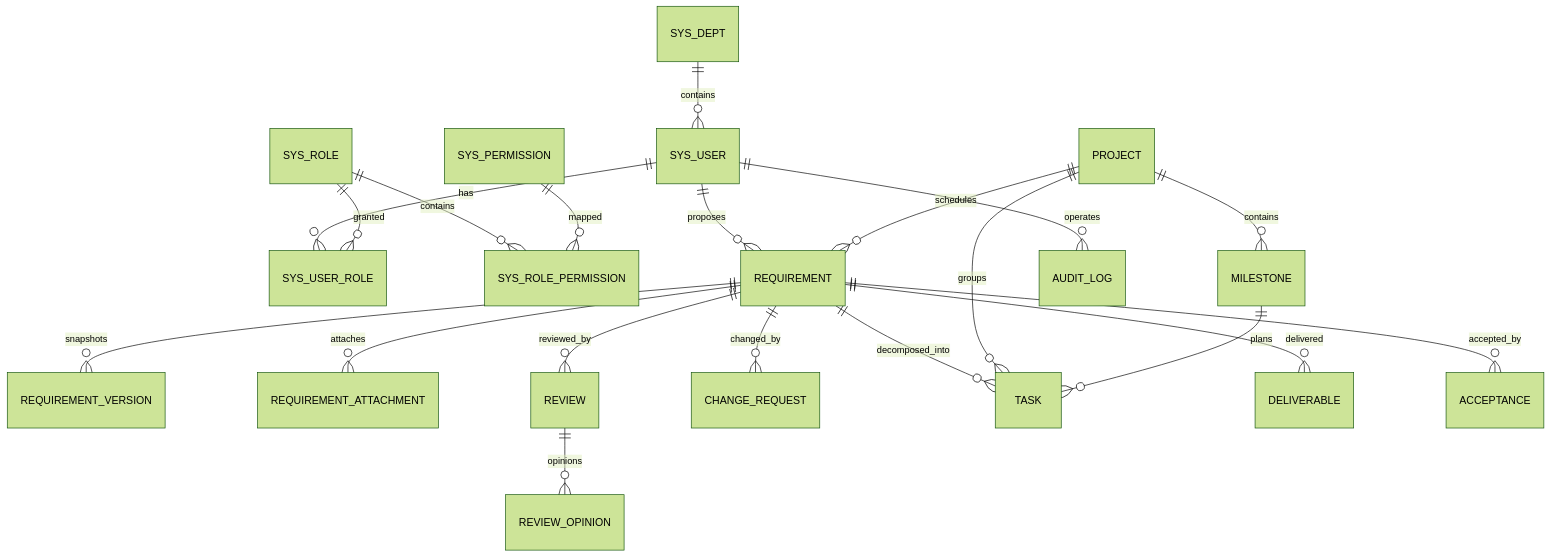
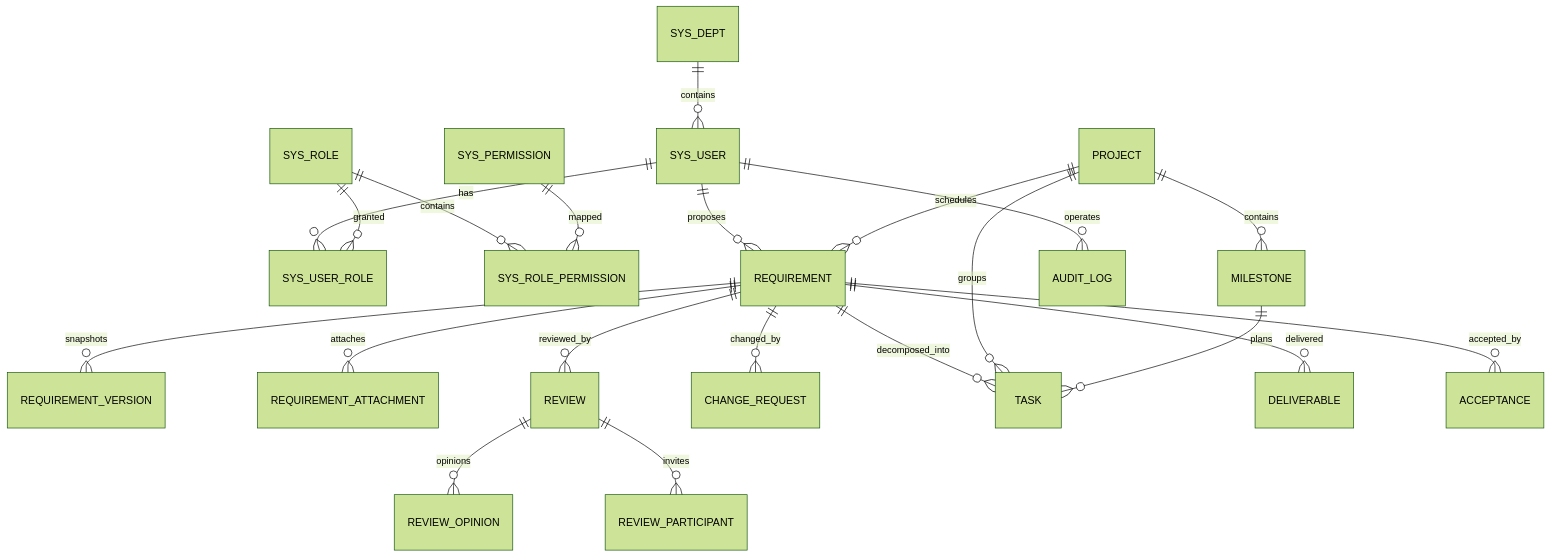
Before and after one commit to miiikol/RepFlow: the diagram in README.md, drawn with Mermaid (forest theme). The commit also changed other lines of this file, not shown here.

````diff
--- a/README.md
+++ b/README.md
@@ -302,24 +322,25 @@
 ```mermaid
 erDiagram
     SYS_DEPT ||--o{ SYS_USER : contains
     SYS_USER ||--o{ SYS_USER_ROLE : has
     SYS_ROLE ||--o{ SYS_USER_ROLE : granted
     SYS_ROLE ||--o{ SYS_ROLE_PERMISSION : contains
     SYS_PERMISSION ||--o{ SYS_ROLE_PERMISSION : mapped
 
     SYS_USER ||--o{ REQUIREMENT : proposes
     REQUIREMENT ||--o{ REQUIREMENT_VERSION : snapshots
     REQUIREMENT ||--o{ REQUIREMENT_ATTACHMENT : attaches
     REQUIREMENT ||--o{ REVIEW : reviewed_by
     REVIEW ||--o{ REVIEW_OPINION : opinions
+    REVIEW ||--o{ REVIEW_PARTICIPANT : invites
     REQUIREMENT ||--o{ CHANGE_REQUEST : changed_by
     REQUIREMENT ||--o{ TASK : decomposed_into
     REQUIREMENT ||--o{ DELIVERABLE : delivered
     REQUIREMENT ||--o{ ACCEPTANCE : accepted_by
 
     PROJECT ||--o{ MILESTONE : contains
     PROJECT ||--o{ TASK : groups
     PROJECT ||--o{ REQUIREMENT : schedules
     MILESTONE ||--o{ TASK : plans
     SYS_USER ||--o{ AUDIT_LOG : operates
 ```
````
